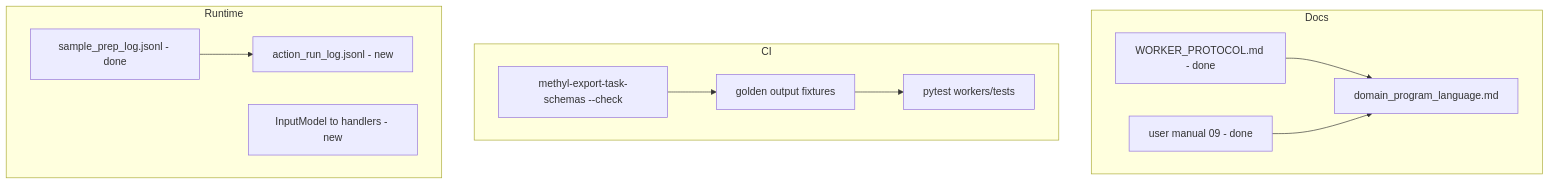
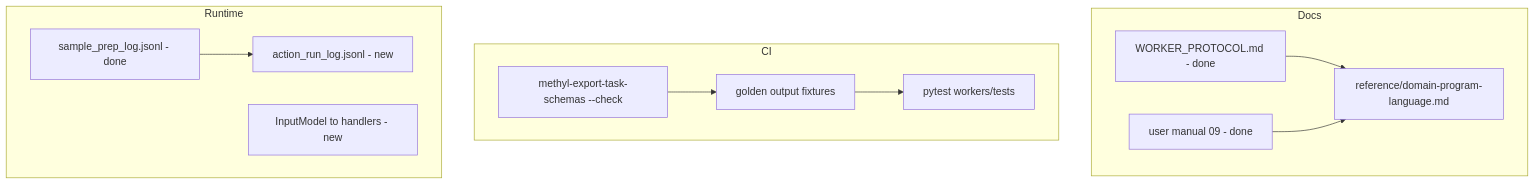
The diagram in docs/plans/optional-observability-follow-ups.plan.md (Goliath-Research/GoliathWorkflow), drawn with Mermaid before and after one commit. The commit also changed other lines of this file and 98 other files, not shown here.

````diff
--- a/docs/plans/optional-observability-follow-ups.plan.md
+++ b/docs/plans/optional-observability-follow-ups.plan.md
@@ -29,23 +29,23 @@
 ```mermaid
 flowchart TB
   subgraph docs [Docs]
-    DPL[domain_program_language.md]
+    DPL[reference/domain-program-language.md]
     WP[WORKER_PROTOCOL.md - done]
     UM[user manual 09 - done]
   end
   subgraph ci [CI]
     GS[methyl-export-task-schemas --check]
     GF[golden output fixtures]
     PT[pytest workers/tests]
   end
   subgraph runtime [Runtime]
     SPL[sample_prep_log.jsonl - done]
     ARL[action_run_log.jsonl - new]
     IP[InputModel to handlers - new]
   end
   WP --> DPL
   UM --> DPL
   GS --> GF
   GF --> PT
   SPL --> ARL
 ```
````
